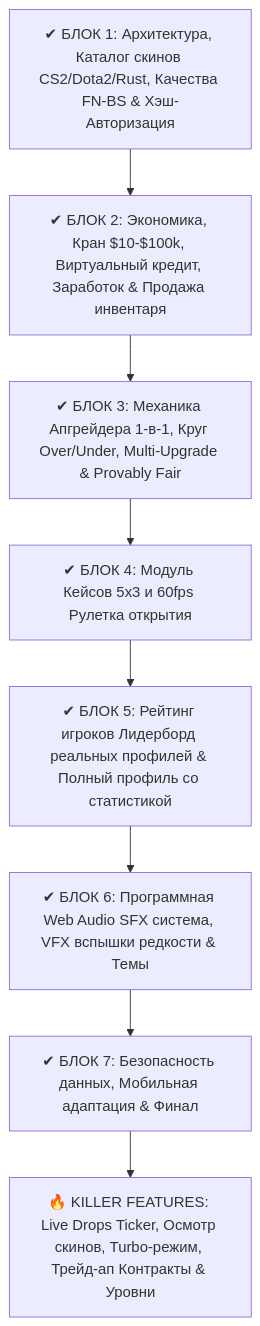
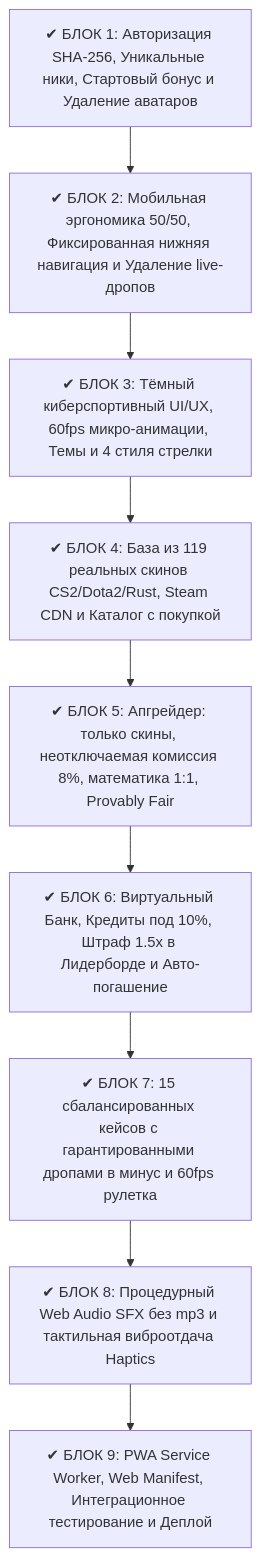
The diagram in PLAN.md (kipsway/simup), drawn with Mermaid before and after one commit. The commit also changed other lines of this file and 3 other files, not shown here.

Commit message:
feat(pwa): add PWA manifest, service worker for offline fast load, and update PLAN.md release specs

````diff
--- a/PLAN.md
+++ b/PLAN.md
@@ -9,19 +17,14 @@
 ```mermaid
 graph TD
-    B1[✔ БЛОК 1: Архитектура, Каталог скинов CS2/Dota2/Rust, Качества FN-BS & Хэш-Авторизация]
-    B2[✔ БЛОК 2: Экономика, Кран $10-$100k, Виртуальный кредит, Заработок & Продажа инвентаря]
-    B3[✔ БЛОК 3: Механика Апгрейдера 1-в-1, Круг Over/Under, Multi-Upgrade & Provably Fair]
-    B4[✔ БЛОК 4: Модуль Кейсов 5x3 и 60fps Рулетка открытия]
-    B5[✔ БЛОК 5: Рейтинг игроков Лидерборд реальных профилей & Полный профиль со статистикой]
-    B6[✔ БЛОК 6: Программная Web Audio SFX система, VFX вспышки редкости & Темы]
-    B7[✔ БЛОК 7: Безопасность данных, Мобильная адаптация & Финал]
-    B8[🔥 KILLER FEATURES: Live Drops Ticker, Осмотр скинов, Turbo-режим, Трейд-ап Контракты & Уровни]
+    B1[✔ БЛОК 1: Авторизация SHA-256, Уникальные ники, Стартовый бонус и Удаление аватаров]
+    B2[✔ БЛОК 2: Мобильная эргономика 50/50, Фиксированная нижняя навигация и Удаление live-дропов]
+    B3[✔ БЛОК 3: Тёмный киберспортивный UI/UX, 60fps микро-анимации, Темы и 4 стиля стрелки]
+    B4[✔ БЛОК 4: База из 119 реальных скинов CS2/Dota2/Rust, Steam CDN и Каталог с покупкой]
+    B5[✔ БЛОК 5: Апгрейдер: только скины, неотключаемая комиссия 8%, математика 1:1, Provably Fair]
+    B6[✔ БЛОК 6: Виртуальный Банк, Кредиты под 10%, Штраф 1.5x в Лидерборде и Авто-погашение]
+    B7[✔ БЛОК 7: 15 сбалансированных кейсов с гарантированными дропами в минус и 60fps рулетка]
+    B8[✔ БЛОК 8: Процедурный Web Audio SFX без mp3 и тактильная виброотдача Haptics]
+    B9[✔ БЛОК 9: PWA Service Worker, Web Manifest, Интеграционное тестирование и Деплой]
 
-    B1 --> B2
-    B2 --> B3
-    B3 --> B4
-    B4 --> B5
-    B5 --> B6
-    B6 --> B7
-    B7 --> B8
+    B1 --> B2 --> B3 --> B4 --> B5 --> B6 --> B7 --> B8 --> B9
 ```
````
